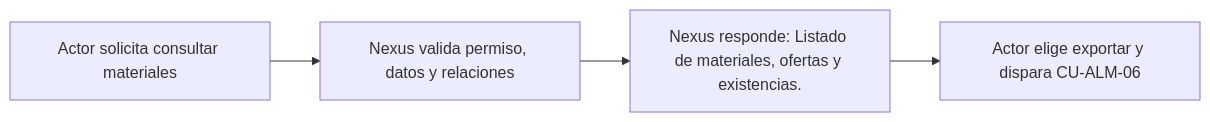
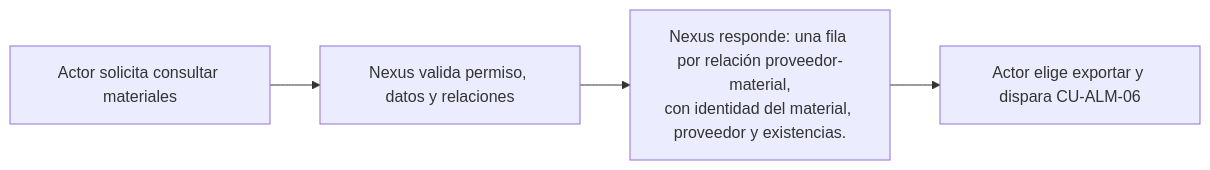
The diagram in docs/requirements/diagrams/catalogs/cu-alm-01.md (gpgsistemas01/nexus), drawn with Mermaid before and after one commit. The commit also changed 7 other files, not shown here.

Commit message:
docs: synchronize material contracts and diagrams

````diff
--- a/docs/requirements/diagrams/catalogs/cu-alm-01.md
+++ b/docs/requirements/diagrams/catalogs/cu-alm-01.md
@@ -3,7 +3,7 @@
 ```mermaid
 flowchart LR
     accTitle: CU-ALM-01 — Consultar materiales
     request["Actor solicita consultar materiales"] --> validate["Nexus valida permiso, datos y relaciones"]
-    validate --> result["Nexus responde: Listado de materiales, ofertas y existencias."]
+    validate --> result["Nexus responde: una fila por relación proveedor-material,<br/>con identidad del material, proveedor y existencias."]
     result --> report["Actor elige exportar y dispara CU-ALM-06"]
 ```
````
